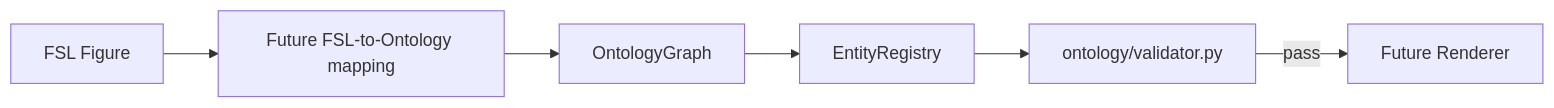
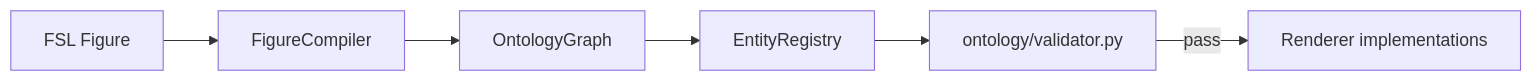
One commit to insight2017aquib/MedicinalChemistryFigureDesigner changed the third of 7 diagrams in docs/Architecture.md. Above: the diagram before and after it, drawn with Mermaid. The commit also changed other lines of this file and 16 other files, not shown here.

````diff
--- a/docs/Architecture.md
+++ b/docs/Architecture.md
@@ -120,8 +122,8 @@
 ```mermaid
 flowchart LR
-    FSL[FSL Figure] --> Map[Future FSL-to-Ontology mapping]
-    Map --> Graph[OntologyGraph]
+    FSL[FSL Figure] --> Compiler[FigureCompiler]
+    Compiler --> Graph[OntologyGraph]
     Graph --> Registry[EntityRegistry]
     Registry --> Val[ontology/validator.py]
-    Val -->|pass| Renderer[Future Renderer]
+    Val -->|pass| Renderer[Renderer implementations]
 ```
````
